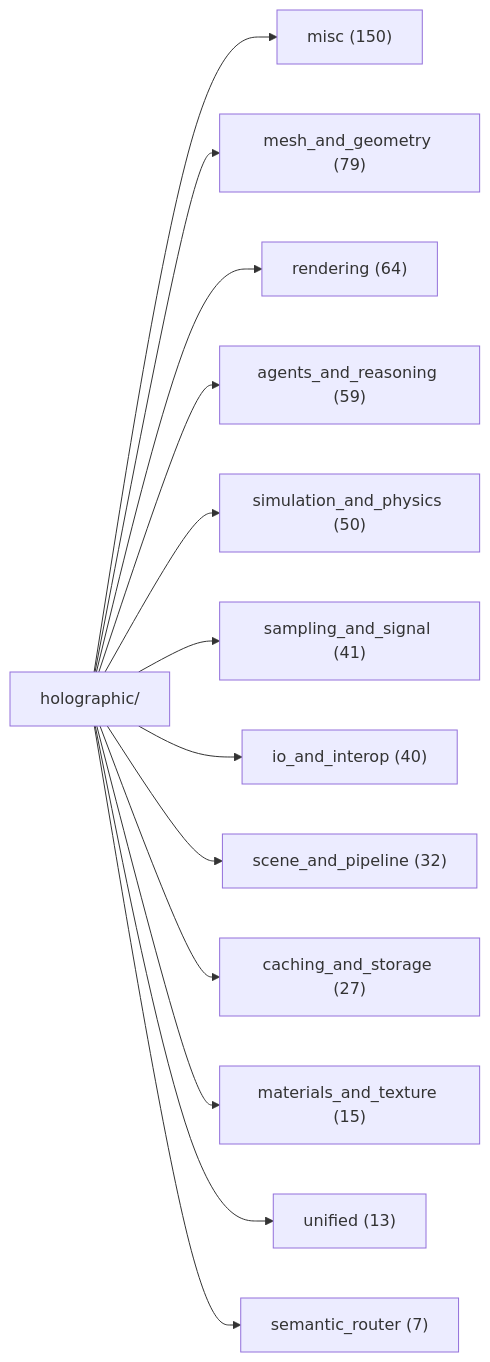
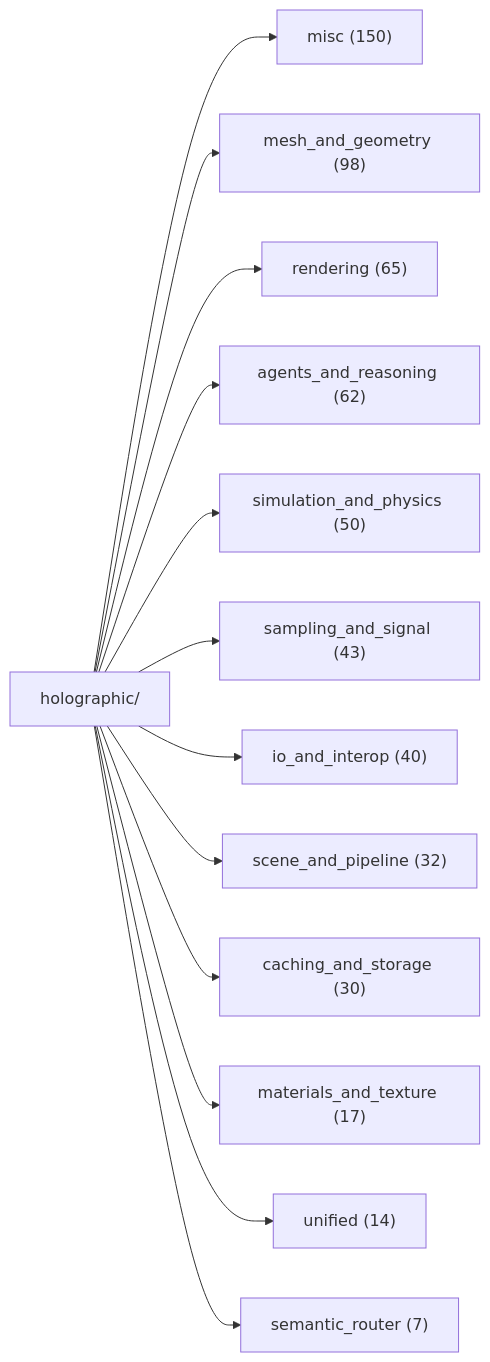
One commit to AnOversizedMooseWithSocks/leCore changed the first of 2 diagrams in docs/DOC_MAP.md. Above: the diagram before and after it, drawn with Mermaid. The commit also changed other lines of this file and 90 other files, not shown here.

````diff
--- a/docs/DOC_MAP.md
+++ b/docs/DOC_MAP.md
@@ -35,16 +35,16 @@
 ```mermaid
 graph LR
     H[holographic/]
     H --> misc["misc (150)"]
-    H --> mesh["mesh_and_geometry (79)"]
-    H --> rend["rendering (64)"]
-    H --> agen["agents_and_reasoning (59)"]
+    H --> mesh["mesh_and_geometry (98)"]
+    H --> rend["rendering (65)"]
+    H --> agen["agents_and_reasoning (62)"]
     H --> simu["simulation_and_physics (50)"]
-    H --> samp["sampling_and_signal (41)"]
+    H --> samp["sampling_and_signal (43)"]
     H --> io_a["io_and_interop (40)"]
     H --> scen["scene_and_pipeline (32)"]
-    H --> cach["caching_and_storage (27)"]
-    H --> mate["materials_and_texture (15)"]
-    H --> unif["unified (13)"]
+    H --> cach["caching_and_storage (30)"]
+    H --> mate["materials_and_texture (17)"]
+    H --> unif["unified (14)"]
     H --> sema["semantic_router (7)"]
 ```
````
